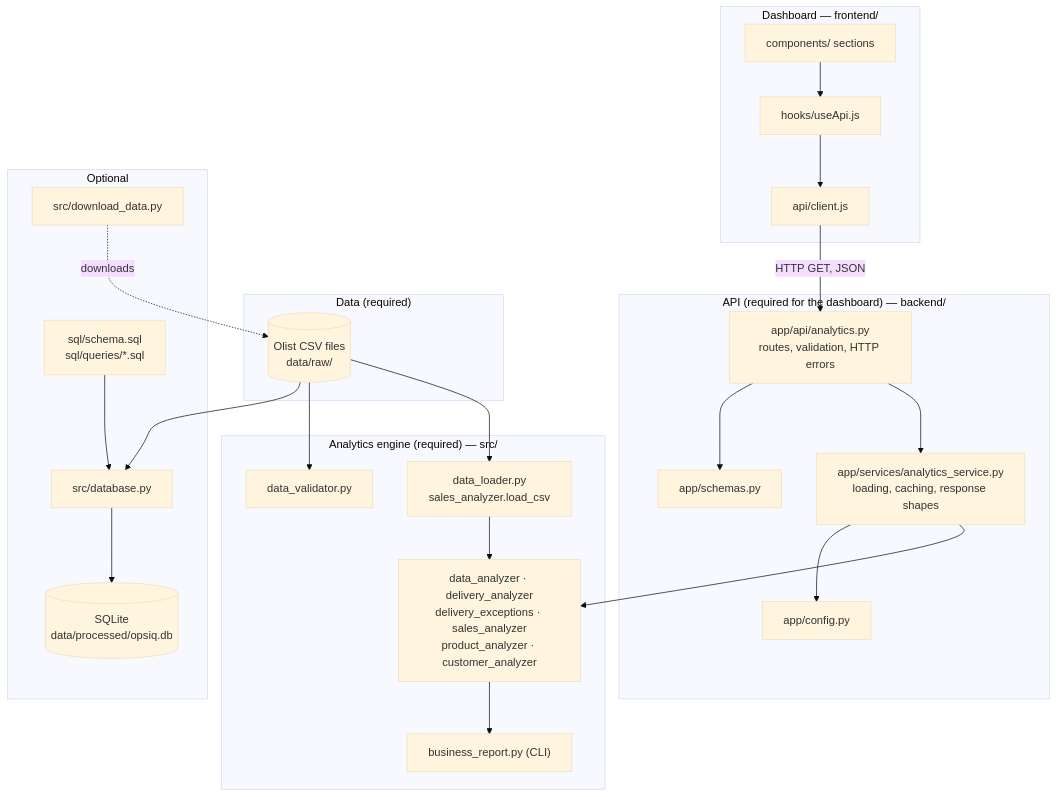
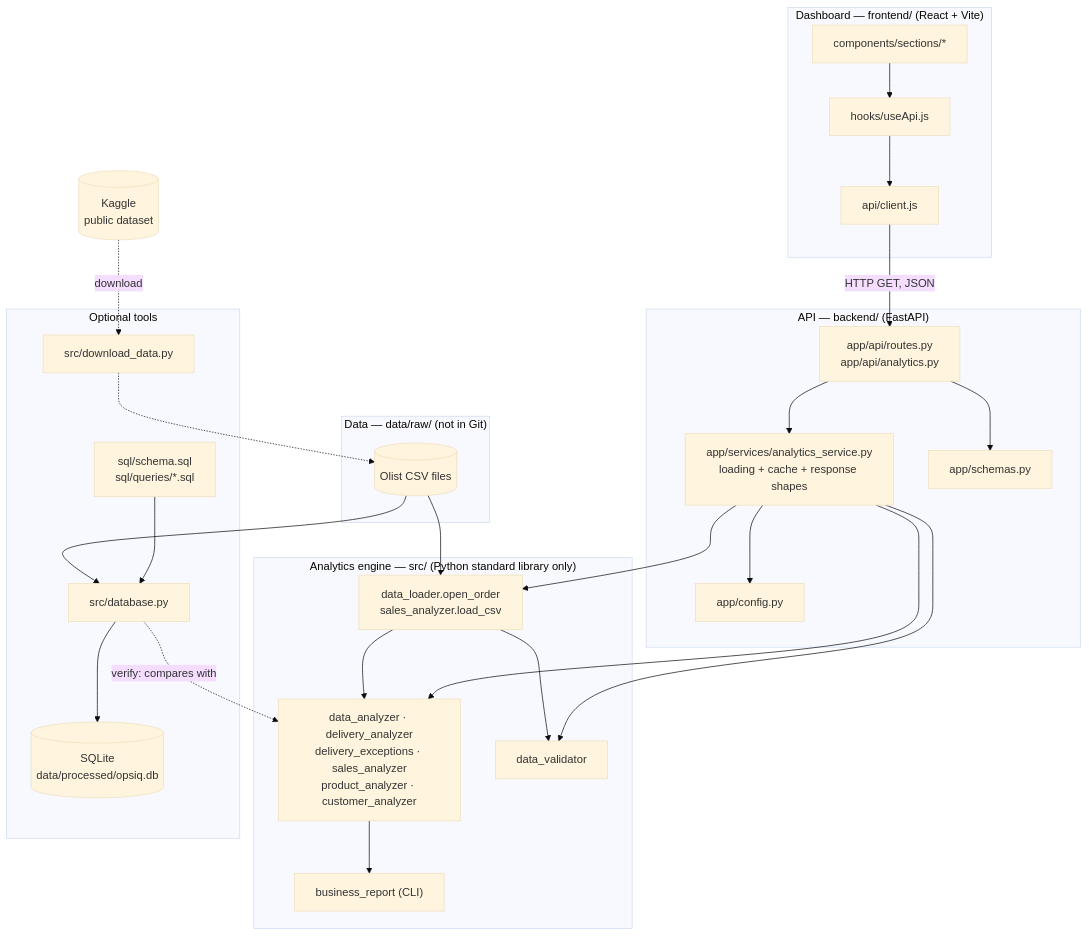
Before and after one commit to SwomBR/OpsIQ: the first of 8 diagrams in docs/ARCHITECTURE.md, drawn with Mermaid (base theme). The commit also changed other lines of this file and 10 other files, not shown here.

````diff
--- a/docs/ARCHITECTURE.md
+++ b/docs/ARCHITECTURE.md
@@ -7,45 +24,47 @@
 ```mermaid
 flowchart TB
-    subgraph Data["Data (required)"]
-        CSV[("Olist CSV files<br/>data/raw/")]
+    subgraph Data["Data — data/raw/ (not in Git)"]
+        CSV[("Olist CSV files")]
     end
 
-    subgraph Engine["Analytics engine (required) — src/"]
-        LOAD["data_loader.py<br/>sales_analyzer.load_csv"]
+    subgraph Engine["Analytics engine — src/ (Python standard library only)"]
+        LOAD["data_loader.open_order<br/>sales_analyzer.load_csv"]
         CALC["data_analyzer · delivery_analyzer<br/>delivery_exceptions · sales_analyzer<br/>product_analyzer · customer_analyzer"]
-        VAL["data_validator.py"]
-        REPORT["business_report.py (CLI)"]
+        VAL["data_validator"]
+        REPORT["business_report (CLI)"]
     end
 
-    subgraph Backend["API (required for the dashboard) — backend/"]
-        ROUTES["app/api/analytics.py<br/>routes, validation, HTTP errors"]
-        SERVICE["app/services/analytics_service.py<br/>loading, caching, response shapes"]
+    subgraph Backend["API — backend/ (FastAPI)"]
+        ROUTES["app/api/routes.py<br/>app/api/analytics.py"]
+        SERVICE["app/services/analytics_service.py<br/>loading + cache + response shapes"]
         SCHEMAS["app/schemas.py"]
         CONFIG["app/config.py"]
     end
 
-    subgraph Frontend["Dashboard — frontend/"]
+    subgraph Frontend["Dashboard — frontend/ (React + Vite)"]
         CLIENT["api/client.js"]
         HOOK["hooks/useApi.js"]
-        UI["components/ sections"]
+        UI["components/sections/*"]
     end
 
-    subgraph Optional["Optional"]
+    subgraph Optional["Optional tools"]
+        DL["src/download_data.py"]
+        DBPY["src/database.py"]
+        SQL["sql/schema.sql<br/>sql/queries/*.sql"]
         DB[("SQLite<br/>data/processed/opsiq.db")]
-        SQL["sql/schema.sql<br/>sql/queries/*.sql"]
-        DBPY["src/database.py"]
-        DL["src/download_data.py"]
     end
 
-    DL -. downloads .-> CSV
-    CSV --> LOAD --> CALC
-    CALC --> REPORT
-    CSV --> VAL
+    KAGGLE[("Kaggle<br/>public dataset")] -. download .-> DL -.-> CSV
+    CSV --> LOAD --> CALC --> REPORT
+    LOAD --> VAL
+    SERVICE --> LOAD
     SERVICE --> CALC
+    SERVICE --> VAL
     ROUTES --> SERVICE
     ROUTES --> SCHEMAS
     SERVICE --> CONFIG
     UI --> HOOK --> CLIENT -- "HTTP GET, JSON" --> ROUTES
     CSV --> DBPY --> DB
     SQL --> DBPY
+    DBPY -. "verify: compares with" .-> CALC
 ```
````
